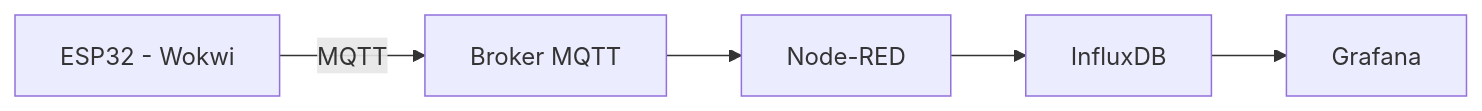
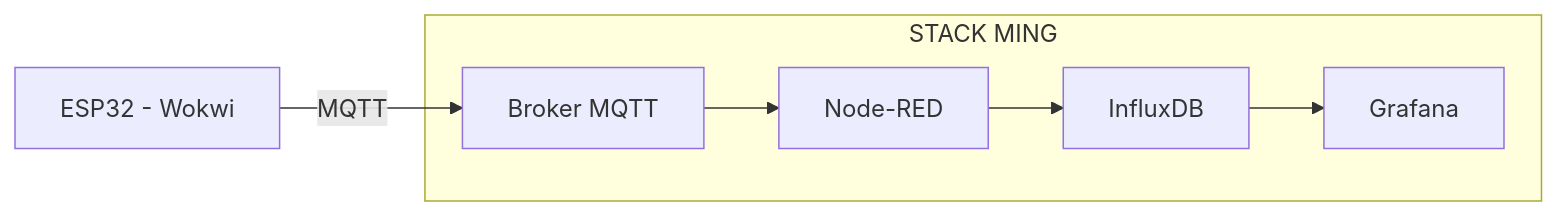
Before and after one commit to profAndreSouza/Material: the first of 2 diagrams in Programação Multiplataforma/03 Trabalho 01.md, drawn with Mermaid.

````diff
--- a/Programação Multiplataforma/03 Trabalho 01.md
+++ b/Programação Multiplataforma/03 Trabalho 01.md
@@ -39,7 +39,16 @@
 ```mermaid
 flowchart LR
-    A[ESP32 - Wokwi] -->|MQTT| B[Broker MQTT]
-    B --> C[Node-RED]
-    C --> D[InfluxDB]
-    D --> E[Grafana]
+    A[ESP32 - Wokwi]
+    
+    subgraph STACK MING
+        B[Broker MQTT]
+        C[Node-RED]
+        D[InfluxDB]
+        E[Grafana]
+    end
+
+    A -->|MQTT| B
+    B --> C
+    C --> D
+    D -->E
 ```
````
